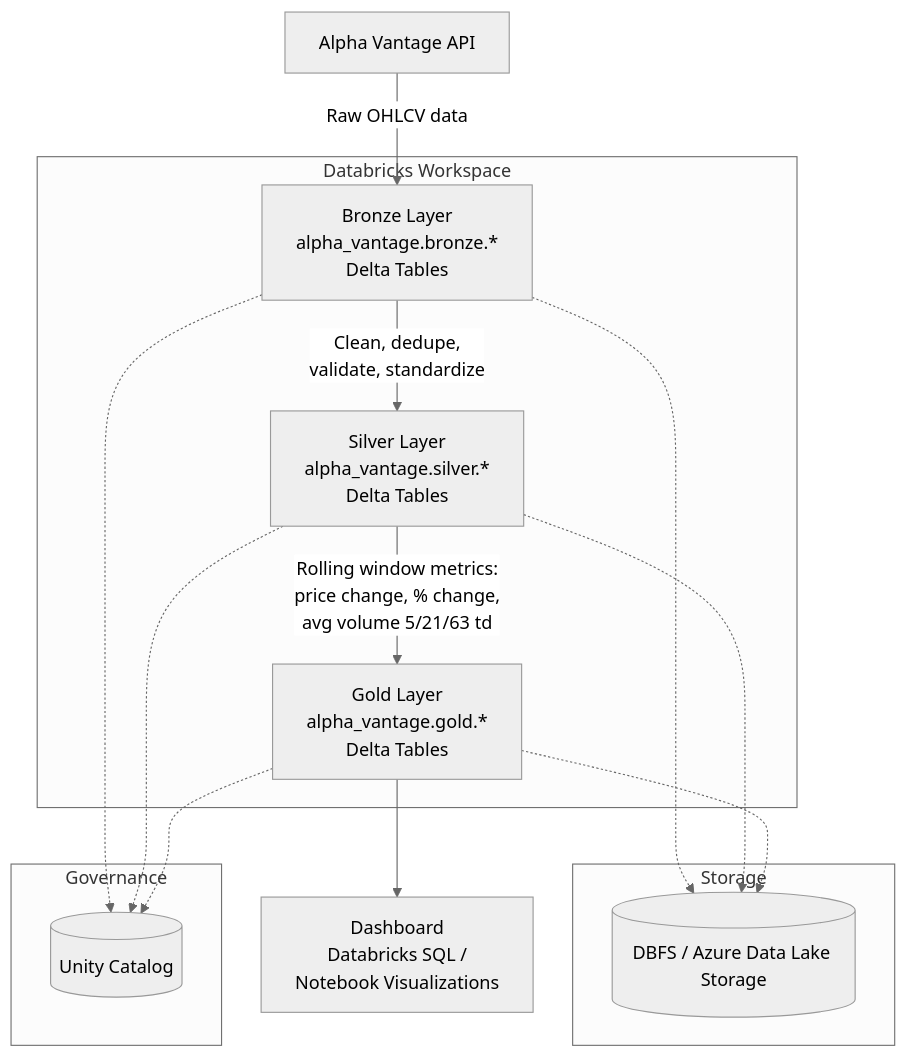
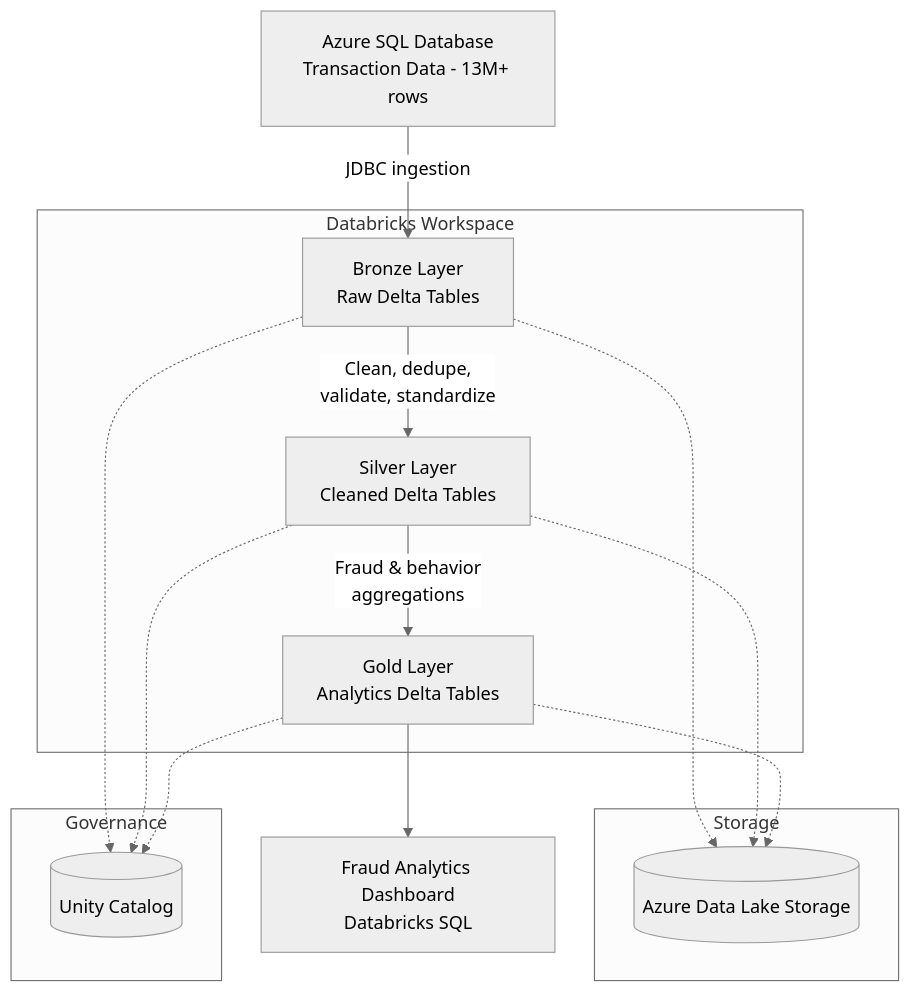
One commit to jarviscanada/jarvis_data_eng_FredeEmnetu changed the first of 2 diagrams in spark/README.md. Above: the diagram before and after it, drawn with Mermaid (neutral theme). The commit also changed other lines of this file and 4 other files, not shown here.

````diff
--- a/spark/README.md
+++ b/spark/README.md
@@ -45,28 +44,28 @@
 ```mermaid
 flowchart TD
-    A[Alpha Vantage API] -->|Raw OHLCV data| B[Bronze Layer<br/>alpha_vantage.bronze.*<br/>Delta Tables]
-    B -->|Clean, dedupe,<br/>validate, standardize| C[Silver Layer<br/>alpha_vantage.silver.*<br/>Delta Tables]
-    C -->|Rolling window metrics:<br/>price change, % change,<br/>avg volume 5/21/63 td| D[Gold Layer<br/>alpha_vantage.gold.*<br/>Delta Tables]
-    D --> E[Dashboard<br/>Databricks SQL /<br/>Notebook Visualizations]
+    A[Azure SQL Database<br/>Transaction Data - 13M+ rows] -->|JDBC ingestion| B[Bronze Layer<br/>Raw Delta Tables]
+    B -->|Clean, dedupe,<br/>validate, standardize| C[Silver Layer<br/>Cleaned Delta Tables]
+    C -->|Fraud & behavior<br/>aggregations| D[Gold Layer<br/>Analytics Delta Tables]
+    D --> E[Fraud Analytics Dashboard<br/>Databricks SQL]
 
     subgraph Databricks Workspace
         B
         C
         D
     end
 
     subgraph Storage
-        F[(DBFS / Azure Data Lake Storage)]
+        F[(Azure Data Lake Storage)]
     end
 
     subgraph Governance
         G[(Unity Catalog)]
     end
 
     B -.-> F
     C -.-> F
     D -.-> F
     B -.-> G
     C -.-> G
     D -.-> G
 ```
````
